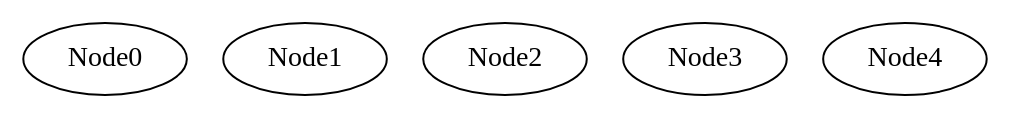
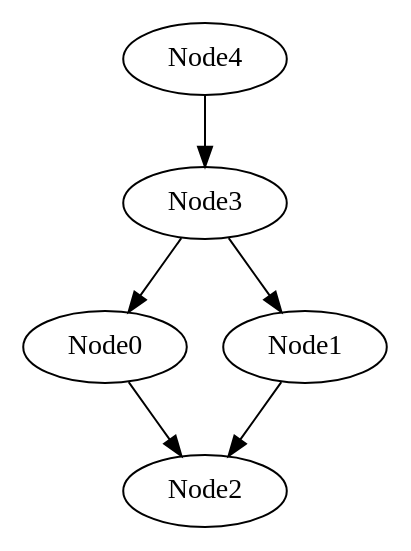
The diagram in DrawDAG/currGraph.gv (zephyr06/Energy_Opt_NLP), drawn with Graphviz before and after one commit. The commit also changed 46 other files, not shown here.

```diff
--- a/DrawDAG/currGraph.gv
+++ b/DrawDAG/currGraph.gv
@@ -1,8 +1,18 @@
 // The Round Table
 digraph {
 	Node0
 	Node1
 	Node2
 	Node3
 	Node4
+	Node3 -> Node0
+
+	Node3 -> Node1
+
+	Node4 -> Node3
+
+	Node0 -> Node2
+
+	Node1 -> Node2
+
 }
```
